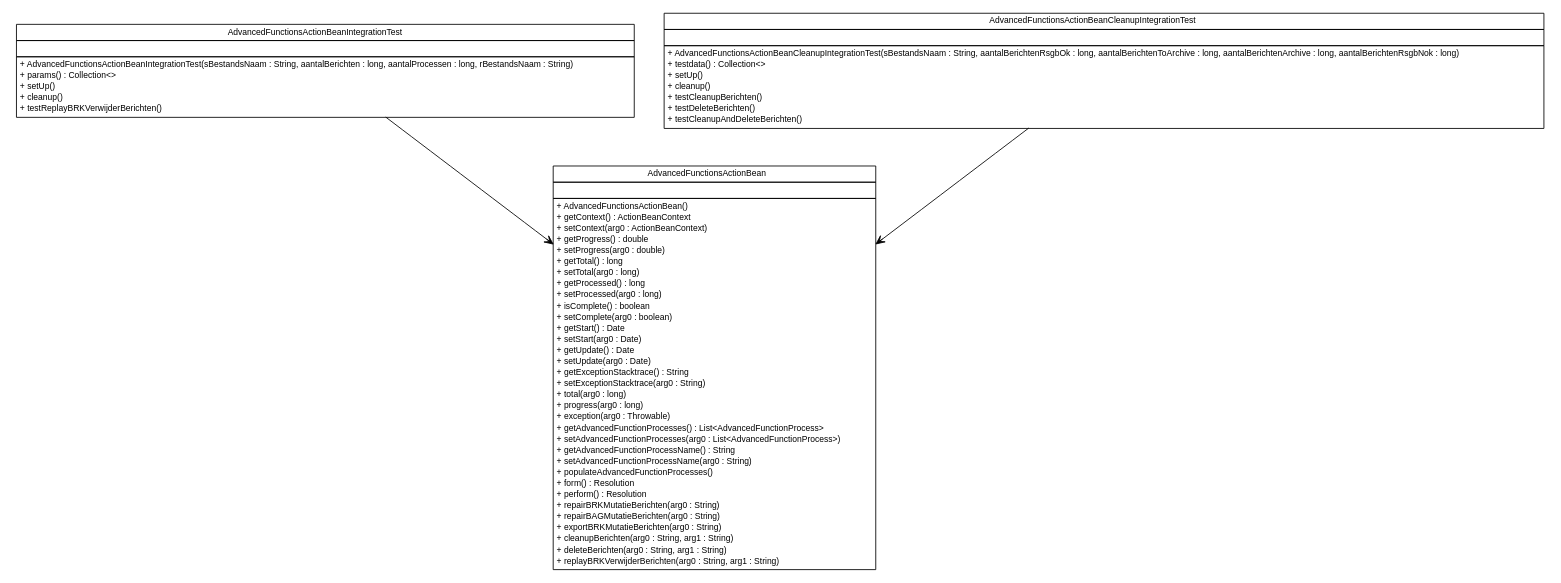
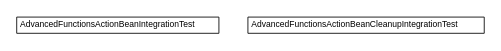
The diagram in brmo-service/testapidocs/nl/b3p/brmo/service/stripes/nl.b3p.brmo.service.stripes.dot (B3Partners/brmo), drawn with Graphviz before and after one commit. The commit also changed 385 other files, not shown here.

```diff
--- a/brmo-service/testapidocs/nl/b3p/brmo/service/stripes/nl.b3p.brmo.service.stripes.dot
+++ b/brmo-service/testapidocs/nl/b3p/brmo/service/stripes/nl.b3p.brmo.service.stripes.dot
@@ -1,94 +1,24 @@
 #!/usr/local/bin/dot
 #
 # Class diagram 
 # Generated by UMLGraph version R5_6-24-gf6e263 (http://www.umlgraph.org/)
 #
 
 digraph G {
 	edge [fontname="Helvetica",fontsize=10,labelfontname="Helvetica",labelfontsize=10];
 	node [fontname="Helvetica",fontsize=10,shape=plaintext];
 	nodesep=0.25;
 	ranksep=0.5;
 	// nl.b3p.brmo.service.stripes.AdvancedFunctionsActionBeanIntegrationTest
 	c7 [label=<<table title="nl.b3p.brmo.service.stripes.AdvancedFunctionsActionBeanIntegrationTest" border="0" cellborder="1" cellspacing="0" cellpadding="2" port="p" href="./AdvancedFunctionsActionBeanIntegrationTest.html">
 		<tr><td><table border="0" cellspacing="0" cellpadding="1">
 <tr><td align="center" balign="center"> AdvancedFunctionsActionBeanIntegrationTest </td></tr>
 		</table></td></tr>
-		<tr><td><table border="0" cellspacing="0" cellpadding="1">
-<tr><td align="left" balign="left">  </td></tr>
-		</table></td></tr>
-		<tr><td><table border="0" cellspacing="0" cellpadding="1">
-<tr><td align="left" balign="left"> + AdvancedFunctionsActionBeanIntegrationTest(sBestandsNaam : String, aantalBerichten : long, aantalProcessen : long, rBestandsNaam : String) </td></tr>
-<tr><td align="left" balign="left"> + params() : Collection&lt;&gt; </td></tr>
-<tr><td align="left" balign="left"> + setUp() </td></tr>
-<tr><td align="left" balign="left"> + cleanup() </td></tr>
-<tr><td align="left" balign="left"> + testReplayBRKVerwijderBerichten() </td></tr>
-		</table></td></tr>
 		</table>>, URL="./AdvancedFunctionsActionBeanIntegrationTest.html", fontname="Helvetica", fontcolor="black", fontsize=10.0];
 	// nl.b3p.brmo.service.stripes.AdvancedFunctionsActionBeanCleanupIntegrationTest
 	c8 [label=<<table title="nl.b3p.brmo.service.stripes.AdvancedFunctionsActionBeanCleanupIntegrationTest" border="0" cellborder="1" cellspacing="0" cellpadding="2" port="p" href="./AdvancedFunctionsActionBeanCleanupIntegrationTest.html">
 		<tr><td><table border="0" cellspacing="0" cellpadding="1">
 <tr><td align="center" balign="center"> AdvancedFunctionsActionBeanCleanupIntegrationTest </td></tr>
 		</table></td></tr>
-		<tr><td><table border="0" cellspacing="0" cellpadding="1">
-<tr><td align="left" balign="left">  </td></tr>
-		</table></td></tr>
-		<tr><td><table border="0" cellspacing="0" cellpadding="1">
-<tr><td align="left" balign="left"> + AdvancedFunctionsActionBeanCleanupIntegrationTest(sBestandsNaam : String, aantalBerichtenRsgbOk : long, aantalBerichtenToArchive : long, aantalBerichtenArchive : long, aantalBerichtenRsgbNok : long) </td></tr>
-<tr><td align="left" balign="left"> + testdata() : Collection&lt;&gt; </td></tr>
-<tr><td align="left" balign="left"> + setUp() </td></tr>
-<tr><td align="left" balign="left"> + cleanup() </td></tr>
-<tr><td align="left" balign="left"> + testCleanupBerichten() </td></tr>
-<tr><td align="left" balign="left"> + testDeleteBerichten() </td></tr>
-<tr><td align="left" balign="left"> + testCleanupAndDeleteBerichten() </td></tr>
-		</table></td></tr>
 		</table>>, URL="./AdvancedFunctionsActionBeanCleanupIntegrationTest.html", fontname="Helvetica", fontcolor="black", fontsize=10.0];
-	// nl.b3p.brmo.service.stripes.AdvancedFunctionsActionBeanIntegrationTest NAVASSOC nl.b3p.brmo.service.stripes.AdvancedFunctionsActionBean
-	c7:p -> c12:p [taillabel="", label="", headlabel="", fontname="Helvetica", fontcolor="black", fontsize=10.0, color="black", arrowhead=open];
-	// nl.b3p.brmo.service.stripes.AdvancedFunctionsActionBeanCleanupIntegrationTest NAVASSOC nl.b3p.brmo.service.stripes.AdvancedFunctionsActionBean
-	c8:p -> c12:p [taillabel="", label="", headlabel="", fontname="Helvetica", fontcolor="black", fontsize=10.0, color="black", arrowhead=open];
-	// nl.b3p.brmo.service.stripes.AdvancedFunctionsActionBean
-	c12 [label=<<table title="nl.b3p.brmo.service.stripes.AdvancedFunctionsActionBean" border="0" cellborder="1" cellspacing="0" cellpadding="2" port="p">
-		<tr><td><table border="0" cellspacing="0" cellpadding="1">
-<tr><td align="center" balign="center"> AdvancedFunctionsActionBean </td></tr>
-		</table></td></tr>
-		<tr><td><table border="0" cellspacing="0" cellpadding="1">
-<tr><td align="left" balign="left">  </td></tr>
-		</table></td></tr>
-		<tr><td><table border="0" cellspacing="0" cellpadding="1">
-<tr><td align="left" balign="left"> + AdvancedFunctionsActionBean() </td></tr>
-<tr><td align="left" balign="left"> + getContext() : ActionBeanContext </td></tr>
-<tr><td align="left" balign="left"> + setContext(arg0 : ActionBeanContext) </td></tr>
-<tr><td align="left" balign="left"> + getProgress() : double </td></tr>
-<tr><td align="left" balign="left"> + setProgress(arg0 : double) </td></tr>
-<tr><td align="left" balign="left"> + getTotal() : long </td></tr>
-<tr><td align="left" balign="left"> + setTotal(arg0 : long) </td></tr>
-<tr><td align="left" balign="left"> + getProcessed() : long </td></tr>
-<tr><td align="left" balign="left"> + setProcessed(arg0 : long) </td></tr>
-<tr><td align="left" balign="left"> + isComplete() : boolean </td></tr>
-<tr><td align="left" balign="left"> + setComplete(arg0 : boolean) </td></tr>
-<tr><td align="left" balign="left"> + getStart() : Date </td></tr>
-<tr><td align="left" balign="left"> + setStart(arg0 : Date) </td></tr>
-<tr><td align="left" balign="left"> + getUpdate() : Date </td></tr>
-<tr><td align="left" balign="left"> + setUpdate(arg0 : Date) </td></tr>
-<tr><td align="left" balign="left"> + getExceptionStacktrace() : String </td></tr>
-<tr><td align="left" balign="left"> + setExceptionStacktrace(arg0 : String) </td></tr>
-<tr><td align="left" balign="left"> + total(arg0 : long) </td></tr>
-<tr><td align="left" balign="left"> + progress(arg0 : long) </td></tr>
-<tr><td align="left" balign="left"> + exception(arg0 : Throwable) </td></tr>
-<tr><td align="left" balign="left"> + getAdvancedFunctionProcesses() : List&lt;AdvancedFunctionProcess&gt; </td></tr>
-<tr><td align="left" balign="left"> + setAdvancedFunctionProcesses(arg0 : List&lt;AdvancedFunctionProcess&gt;) </td></tr>
-<tr><td align="left" balign="left"> + getAdvancedFunctionProcessName() : String </td></tr>
-<tr><td align="left" balign="left"> + setAdvancedFunctionProcessName(arg0 : String) </td></tr>
-<tr><td align="left" balign="left"> + populateAdvancedFunctionProcesses() </td></tr>
-<tr><td align="left" balign="left"> + form() : Resolution </td></tr>
-<tr><td align="left" balign="left"> + perform() : Resolution </td></tr>
-<tr><td align="left" balign="left"> + repairBRKMutatieBerichten(arg0 : String) </td></tr>
-<tr><td align="left" balign="left"> + repairBAGMutatieBerichten(arg0 : String) </td></tr>
-<tr><td align="left" balign="left"> + exportBRKMutatieBerichten(arg0 : String) </td></tr>
-<tr><td align="left" balign="left"> + cleanupBerichten(arg0 : String, arg1 : String) </td></tr>
-<tr><td align="left" balign="left"> + deleteBerichten(arg0 : String, arg1 : String) </td></tr>
-<tr><td align="left" balign="left"> + replayBRKVerwijderBerichten(arg0 : String, arg1 : String) </td></tr>
-		</table></td></tr>
-		</table>>, URL="null", fontname="Helvetica", fontcolor="black", fontsize=10.0];
 }
```
